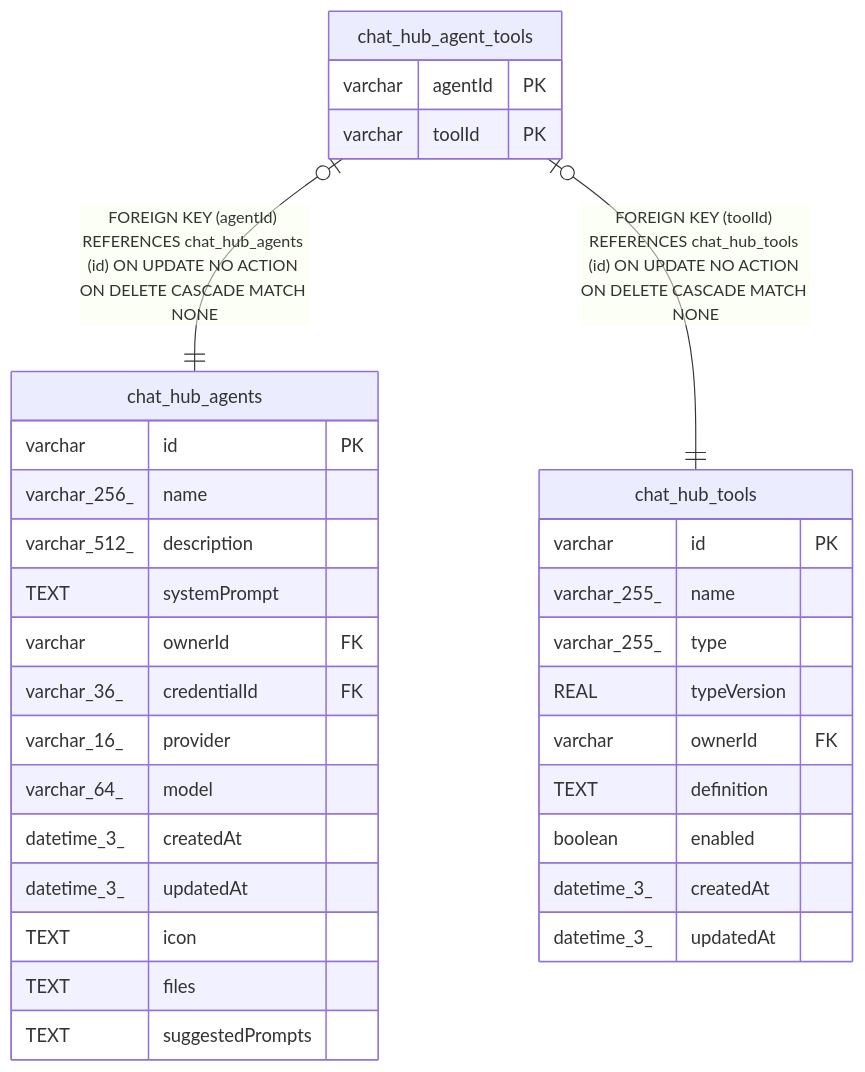
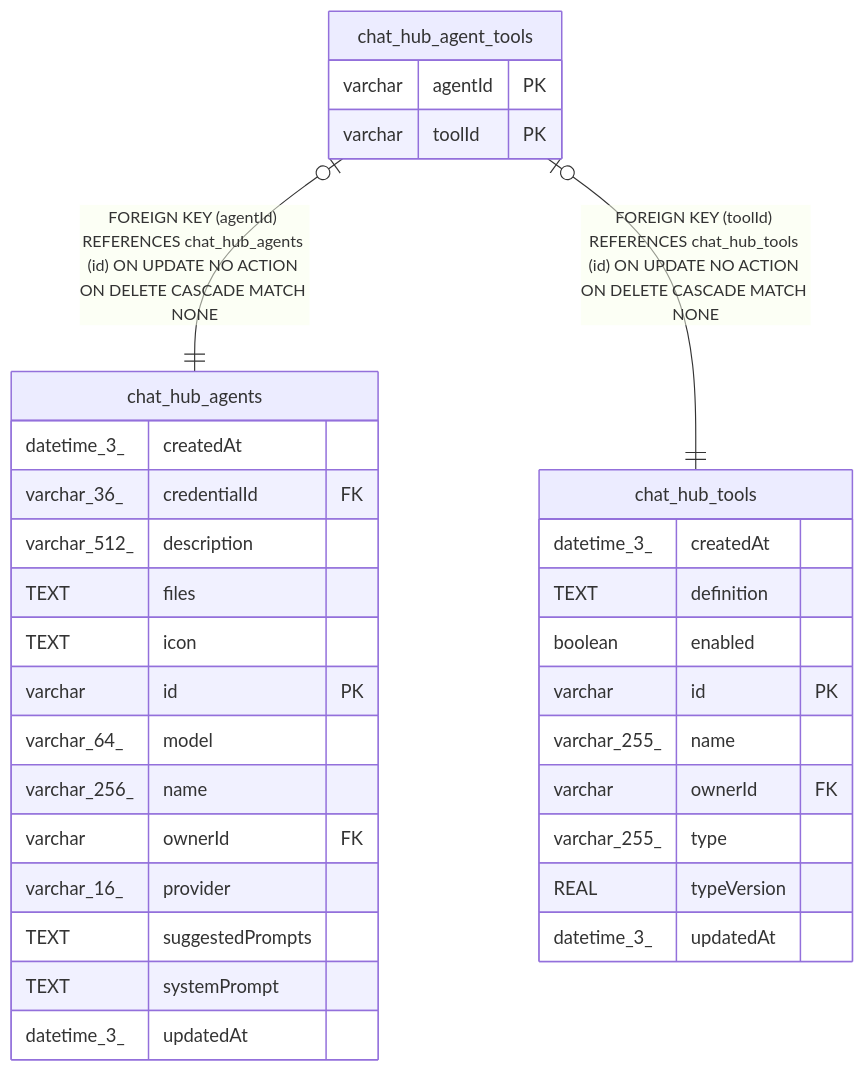
The diagram in docs/generated/sqlite-schema/chat_hub_agent_tools.md (mayankjain1815-commits/n8n), drawn with Mermaid before and after one commit. The commit also changed other lines of this file and 221 other files, not shown here.

Commit message:
chore(core): Make DB schema docs generation deterministic (#32373)

````diff
--- a/docs/generated/sqlite-schema/chat_hub_agent_tools.md
+++ b/docs/generated/sqlite-schema/chat_hub_agent_tools.md
@@ -39,37 +39,37 @@
 ```mermaid
 erDiagram
 
 "chat_hub_agent_tools" |o--|| "chat_hub_agents" : "FOREIGN KEY (agentId) REFERENCES chat_hub_agents (id) ON UPDATE NO ACTION ON DELETE CASCADE MATCH NONE"
 "chat_hub_agent_tools" |o--|| "chat_hub_tools" : "FOREIGN KEY (toolId) REFERENCES chat_hub_tools (id) ON UPDATE NO ACTION ON DELETE CASCADE MATCH NONE"
 
 "chat_hub_agent_tools" {
   varchar agentId PK
   varchar toolId PK
 }
 "chat_hub_agents" {
+  datetime_3_ createdAt
+  varchar_36_ credentialId FK
+  varchar_512_ description
+  TEXT files
+  TEXT icon
   varchar id PK
+  varchar_64_ model
   varchar_256_ name
-  varchar_512_ description
+  varchar ownerId FK
+  varchar_16_ provider
+  TEXT suggestedPrompts
   TEXT systemPrompt
-  varchar ownerId FK
-  varchar_36_ credentialId FK
-  varchar_16_ provider
-  varchar_64_ model
-  datetime_3_ createdAt
   datetime_3_ updatedAt
-  TEXT icon
-  TEXT files
-  TEXT suggestedPrompts
 }
 "chat_hub_tools" {
+  datetime_3_ createdAt
+  TEXT definition
+  boolean enabled
   varchar id PK
   varchar_255_ name
+  varchar ownerId FK
   varchar_255_ type
   REAL typeVersion
-  varchar ownerId FK
-  TEXT definition
-  boolean enabled
-  datetime_3_ createdAt
   datetime_3_ updatedAt
 }
 ```
````
